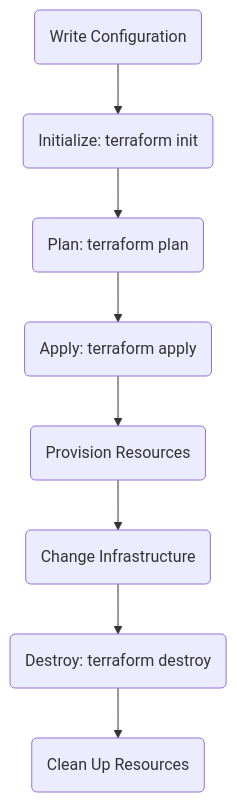
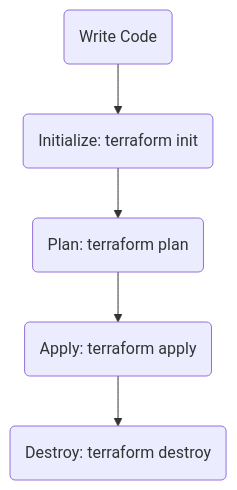
The diagram in 02-Terraform.md (cloudprudhvi/terraformtraining), drawn with Mermaid before and after one commit.

Commit message:
add terraform file

````diff
--- a/02-Terraform.md
+++ b/02-Terraform.md
@@ -3,10 +3,7 @@
 ```mermaid
 flowchart TD
-    A(Write Configuration) --> B(Initialize: terraform init)
+    A(Write Code) --> B(Initialize: terraform init)
     B --> C(Plan: terraform plan)
     C --> D(Apply: terraform apply)
-    D --> E(Provision Resources)
-    E --> F(Change Infrastructure)
-    F --> G(Destroy: terraform destroy)
-    G --> H(Clean Up Resources)
+    D --> E(Destroy: terraform destroy)
 ```
````
